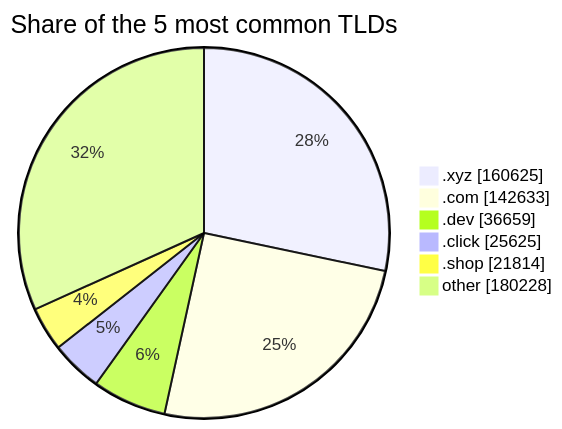
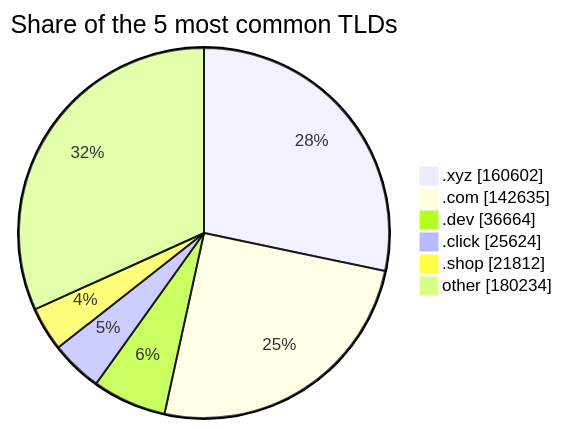
Before and after one commit to DNSBunker/CTI: the third of 3 diagrams in README.md, drawn with Mermaid. The commit also changed other lines of this file and 3 other files, not shown here.

````diff
--- a/README.md
+++ b/README.md
@@ -81,9 +81,9 @@
 ```mermaid
 pie showData title Share of the 5 most common TLDs
-    ".xyz" : 160625
-    ".com" : 142633
-    ".dev" : 36659
-    ".click" : 25625
-    ".shop" : 21814
-    "other" : 180228
+    ".xyz" : 160602
+    ".com" : 142635
+    ".dev" : 36664
+    ".click" : 25624
+    ".shop" : 21812
+    "other" : 180234
 ```
````
